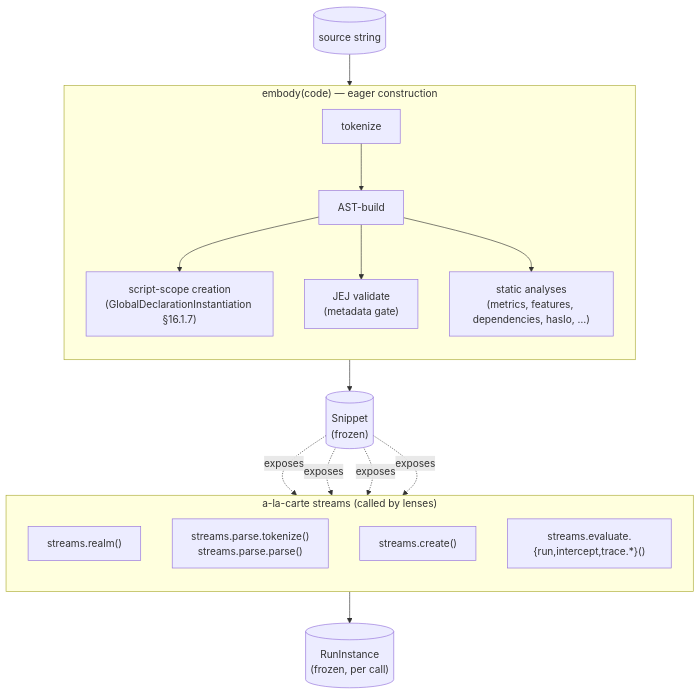
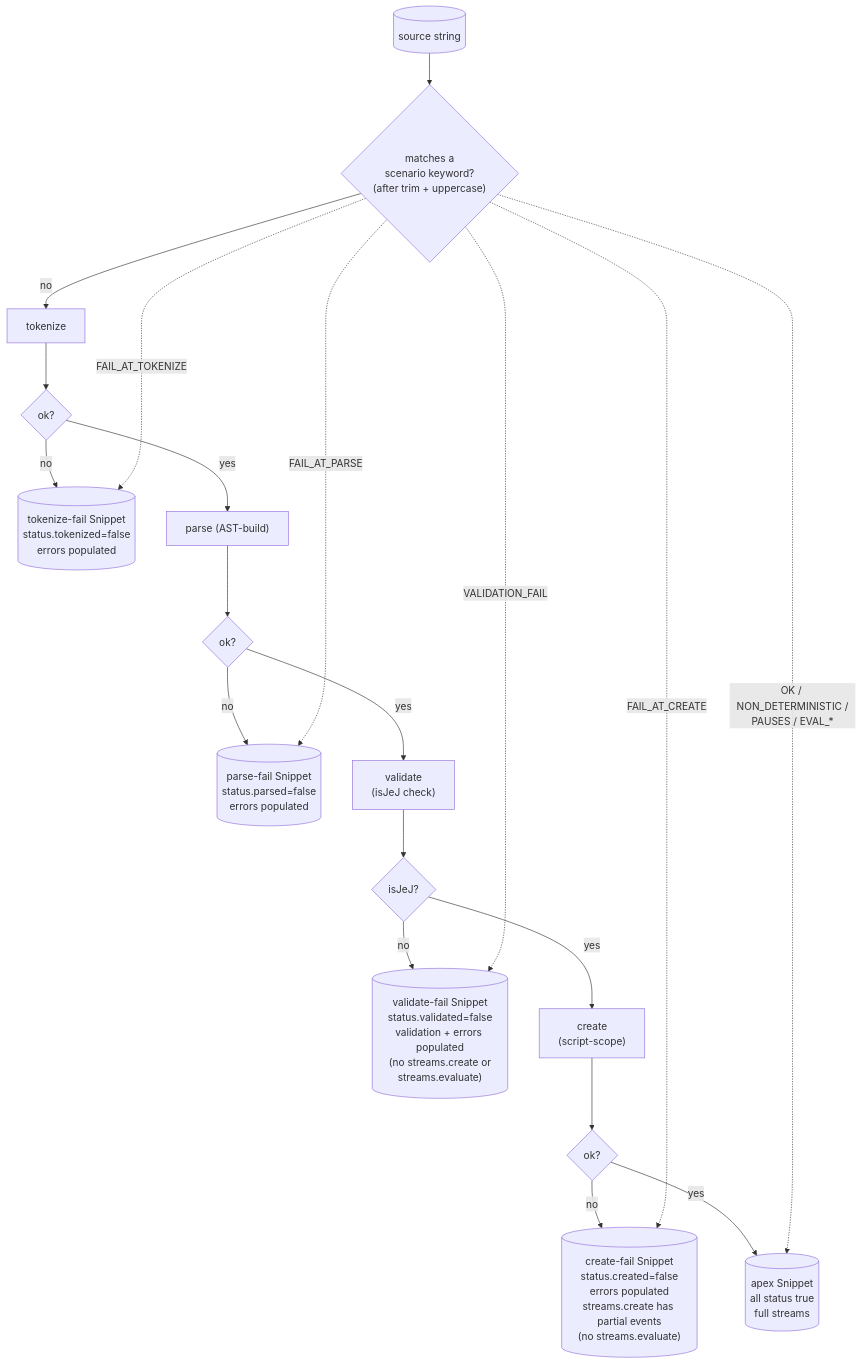
Before and after one commit to codeschoolinabox/curricula: the diagram in src/lib/welcome-to-programming/just-enough/javascript/embody/DOCS.md, drawn with Mermaid. The commit also changed other lines of this file and 10 other files, not shown here.

````diff
--- a/src/lib/welcome-to-programming/just-enough/javascript/embody/DOCS.md
+++ b/src/lib/welcome-to-programming/just-enough/javascript/embody/DOCS.md
@@ -15,33 +20,28 @@
 ```mermaid
 flowchart TB
     src[("source string")]
+    src --> keywordMatch{"matches a<br/>scenario keyword?<br/>(after trim + uppercase)"}
 
-    subgraph construction["embody(code) — eager construction"]
-        direction TB
-        tok["tokenize"]
-        ast["AST-build"]
-        valid["JEJ validate<br/>(metadata gate)"]
-        crea["script-scope creation<br/>(GlobalDeclarationInstantiation §16.1.7)"]
-        analy["static analyses<br/>(metrics, features, dependencies, hasIo, …)"]
-        tok --> ast --> crea
-        ast --> valid
-        ast --> analy
-    end
+    keywordMatch -->|"no"| tok["tokenize"]
+    tok --> tokQ{"ok?"}
+    tokQ -->|"no"| L_tokFail[("tokenize-fail Snippet<br/>status.tokenized=false<br/>errors populated")]
+    tokQ -->|"yes"| ast["parse (AST-build)"]
 
-    src --> construction --> snip[("Snippet<br/>(frozen)")]
+    ast --> astQ{"ok?"}
+    astQ -->|"no"| L_parseFail[("parse-fail Snippet<br/>status.parsed=false<br/>errors populated")]
+    astQ -->|"yes"| valid["validate<br/>(isJeJ check)"]
 
-    subgraph streams["a-la-carte streams (called by lenses)"]
-        direction TB
-        rs["streams.realm()"]
-        ps["streams.parse.tokenize()<br/>streams.parse.parse()"]
-        cs["streams.create()"]
-        es["streams.evaluate.{run,intercept,trace.*}()"]
-    end
+    valid --> validQ{"isJeJ?"}
+    validQ -->|"no"| L_validFail[("validate-fail Snippet<br/>status.validated=false<br/>validation + errors populated<br/>(no streams.create or<br/>streams.evaluate)")]
+    validQ -->|"yes"| crea["create<br/>(script-scope)"]
 
-    snip -. exposes .-> rs
-    snip -. exposes .-> ps
-    snip -. exposes .-> cs
-    snip -. exposes .-> es
+    crea --> creaQ{"ok?"}
+    creaQ -->|"no"| L_createFail[("create-fail Snippet<br/>status.created=false<br/>errors populated<br/>streams.create has partial events<br/>(no streams.evaluate)")]
+    creaQ -->|"yes"| L_apex[("apex Snippet<br/>all status true<br/>full streams")]
 
-    es --> ri[("RunInstance<br/>(frozen, per call)")]
+    keywordMatch -.->|"FAIL_AT_TOKENIZE"| L_tokFail
+    keywordMatch -.->|"FAIL_AT_PARSE"| L_parseFail
+    keywordMatch -.->|"VALIDATION_FAIL"| L_validFail
+    keywordMatch -.->|"FAIL_AT_CREATE"| L_createFail
+    keywordMatch -.->|"OK / NON_DETERMINISTIC /<br/>PAUSES / EVAL_*"| L_apex
 ```
````
